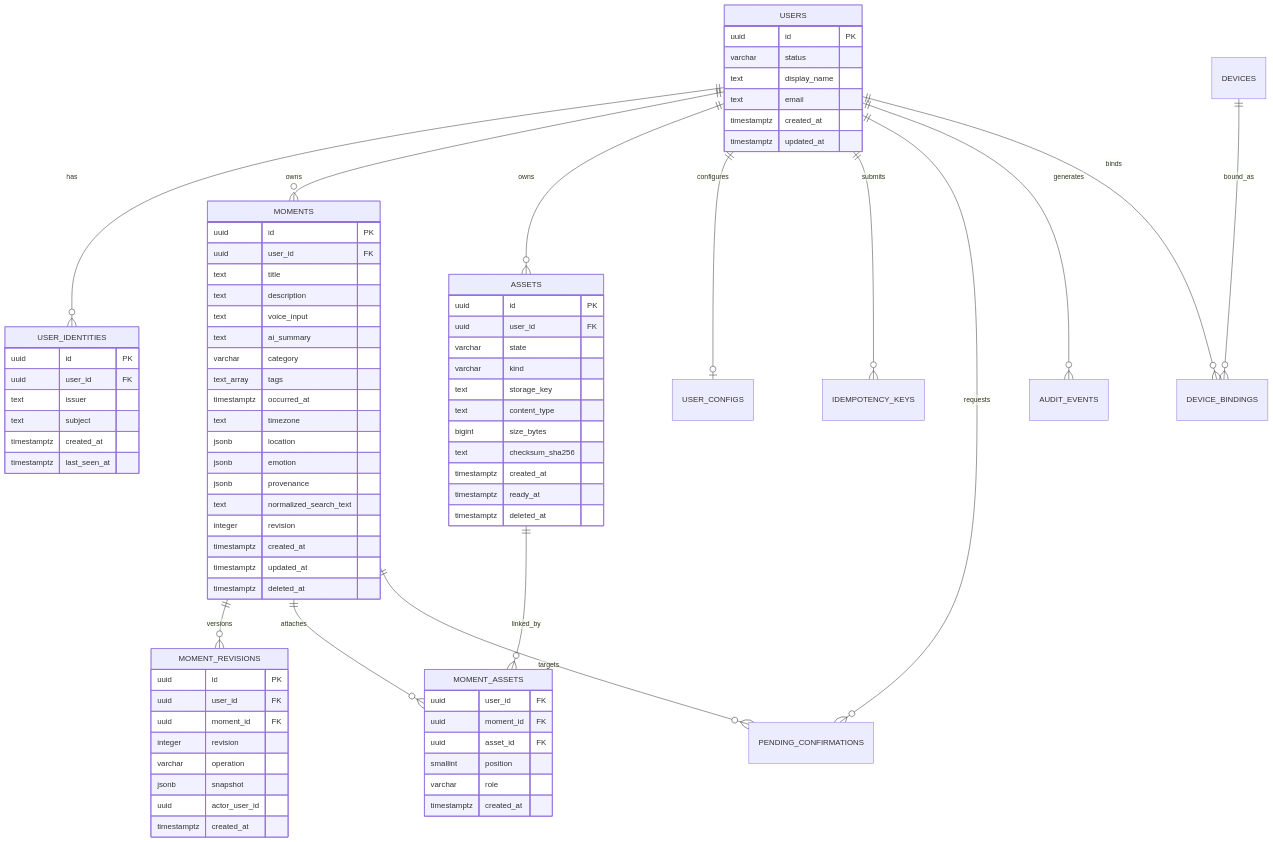
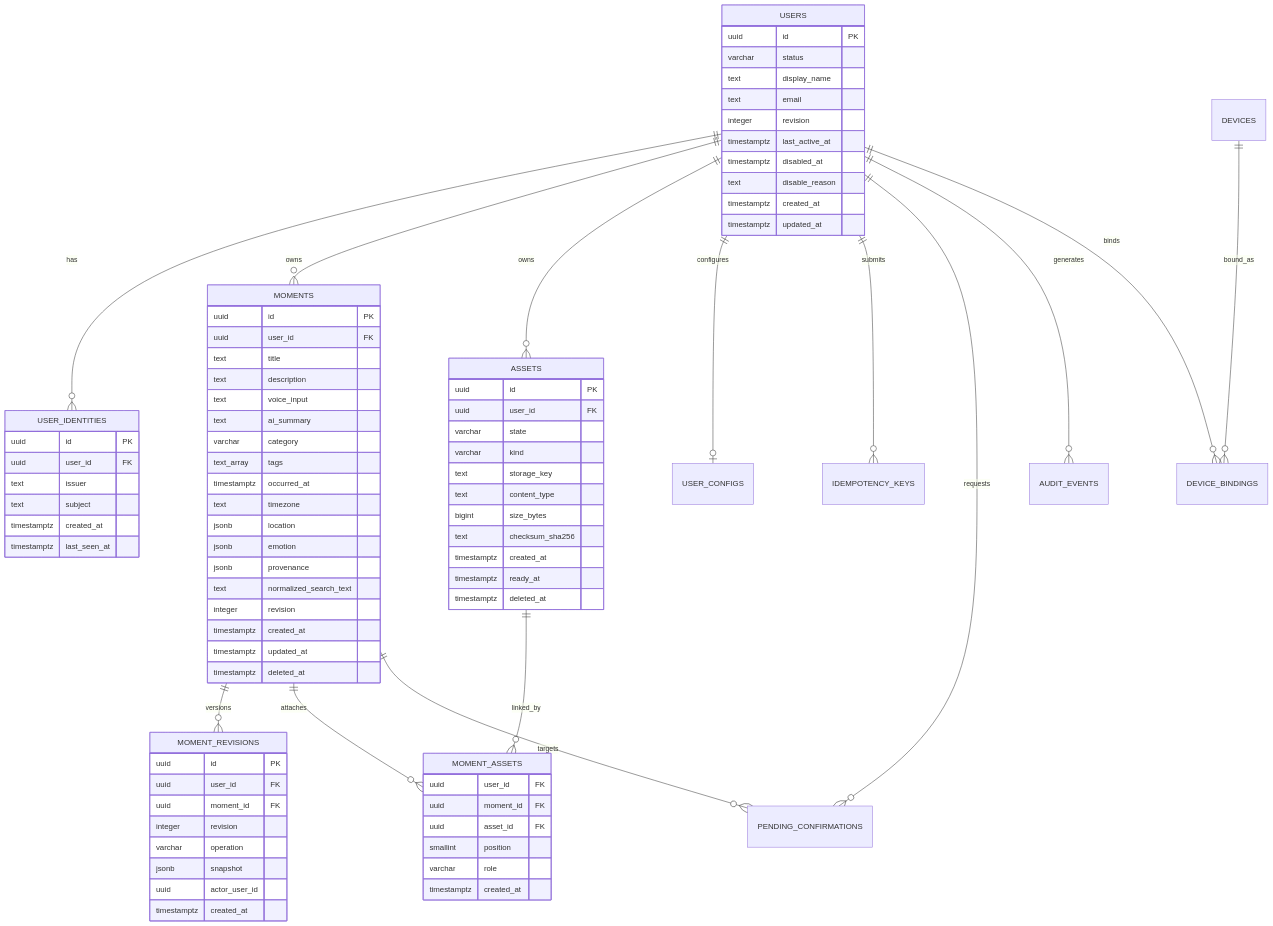
The diagram in docs/data/STORAGE_DATA_MODEL.md (Sir-YuanShuai/MomentOneServer), drawn with Mermaid before and after one commit. The commit also changed other lines of this file and 25 other files, not shown here.

```diff
--- a/docs/data/STORAGE_DATA_MODEL.md
+++ b/docs/data/STORAGE_DATA_MODEL.md
@@ -87,6 +99,10 @@
       varchar status
       text display_name
       text email
+      integer revision
+      timestamptz last_active_at
+      timestamptz disabled_at
+      text disable_reason
       timestamptz created_at
       timestamptz updated_at
     }
```
